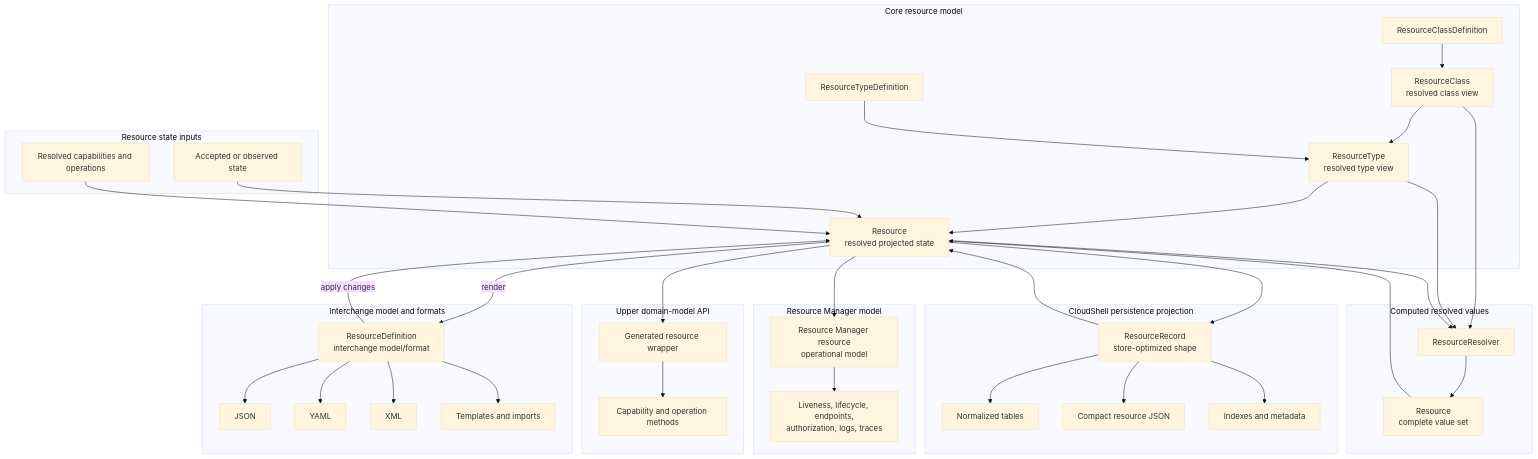
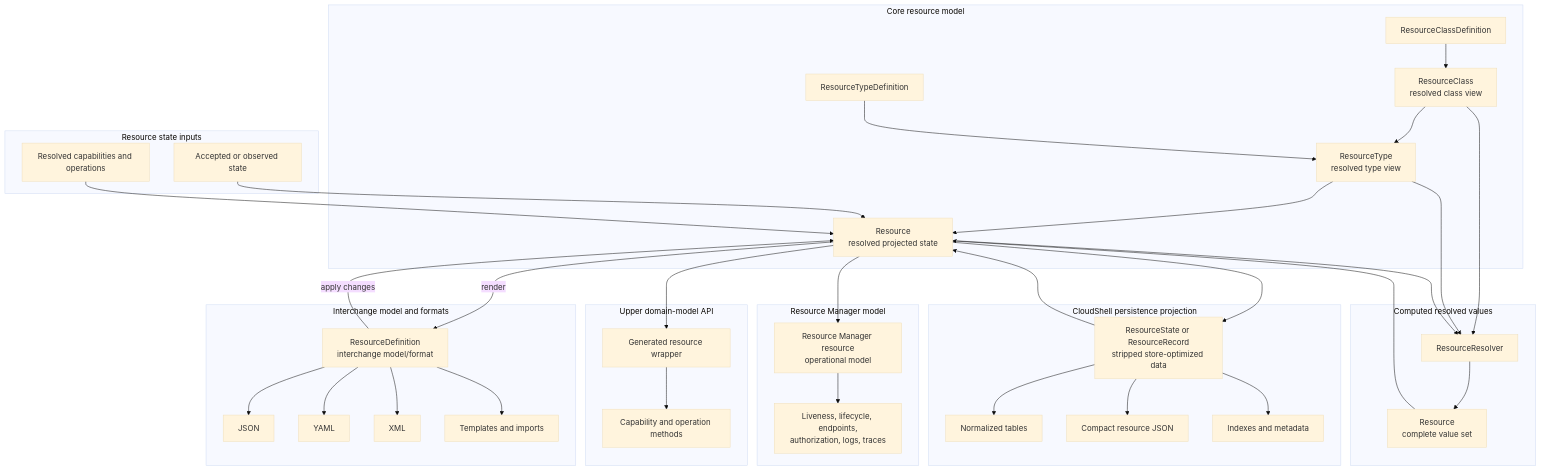
The fourth of 4 diagrams in docs/proposals/core/resource-definitions-and-capability-providers.md (marinasundstrom/CloudShell), drawn with Mermaid (base theme) before and after one commit. The commit also changed other lines of this file and 1 other file, not shown here.

Commit message:
Clarify resource manager graph projection target

````diff
--- a/docs/proposals/core/resource-definitions-and-capability-providers.md
+++ b/docs/proposals/core/resource-definitions-and-capability-providers.md
@@ -1992,72 +2006,72 @@
 ```mermaid
 flowchart TD
     subgraph domainData [Core resource model]
         resource["Resource<br/>resolved projected state"]
         resourceType["ResourceType<br/>resolved type view"]
         resourceClass["ResourceClass<br/>resolved class view"]
         classDefinition["ResourceClassDefinition"]
         typeDefinition["ResourceTypeDefinition"]
     end
 
     subgraph documentProjection [Interchange model and formats]
         definition["ResourceDefinition<br/>interchange model/format"]
         json["JSON"]
         yaml["YAML"]
         xml["XML"]
         templates["Templates and imports"]
     end
 
     subgraph persistenceProjection [CloudShell persistence projection]
-        record["ResourceRecord<br/>store-optimized shape"]
+        record["ResourceState or ResourceRecord<br/>stripped store-optimized data"]
         tables["Normalized tables"]
         compactJson["Compact resource JSON"]
         indexes["Indexes and metadata"]
     end
 
     subgraph resolvedData [Computed resolved values]
         resolver["ResourceResolver"]
         resolved["Resource<br/>complete value set"]
     end
 
     subgraph resourceInputs [Resource state inputs]
         actualState["Accepted or observed state"]
         capabilityOperationBehavior["Resolved capabilities and operations"]
     end
 
     subgraph upperApi [Upper domain-model API]
         wrapper["Generated resource wrapper"]
         behavior["Capability and operation methods"]
     end
 
     subgraph resourceManagerModel [Resource Manager model]
         managedResource["Resource Manager resource<br/>operational model"]
         liveness["Liveness, lifecycle, endpoints,<br/>authorization, logs, traces"]
     end
 
     resource -->|render| definition
     definition -->|apply changes| resource
 
     classDefinition --> resourceClass --> resourceType
     typeDefinition --> resourceType
     resourceType --> resource
     resourceClass --> resolver
     resourceType --> resolver
     resource --> resolver
 
     definition --> json
     definition --> yaml
     definition --> xml
     definition --> templates
 
     resource --> record
     record --> tables
     record --> compactJson
     record --> indexes
     record --> resource
 
     resolver --> resolved --> resource
     actualState --> resource
     capabilityOperationBehavior --> resource
     resource --> wrapper --> behavior
     resource --> managedResource --> liveness
 ```
````
